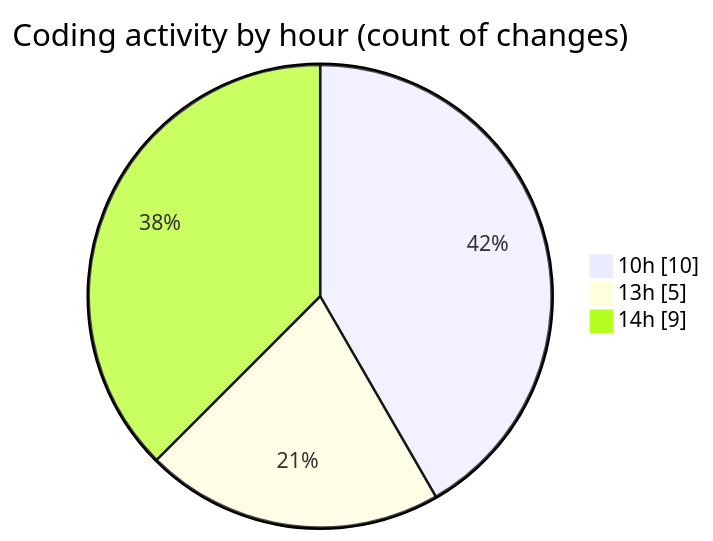
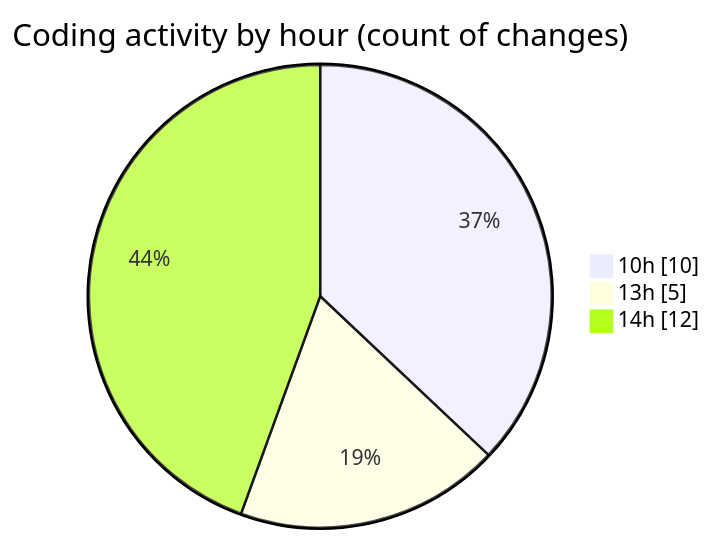
Before and after one commit to nxtqubesakshisongat/code-tracking: the second of 2 diagrams in 2025-07-30/nxtqube_webapp/README.md, drawn with Mermaid. The commit also changed other lines of this file and 1 other file, not shown here.

````diff
--- a/2025-07-30/nxtqube_webapp/README.md
+++ b/2025-07-30/nxtqube_webapp/README.md
@@ -31,7 +32,7 @@
 ```mermaid
 pie showData
 title Coding activity by hour (count of changes)
 "10h" : 10
 "13h" : 5
-"14h" : 9
+"14h" : 12
 ```
````
